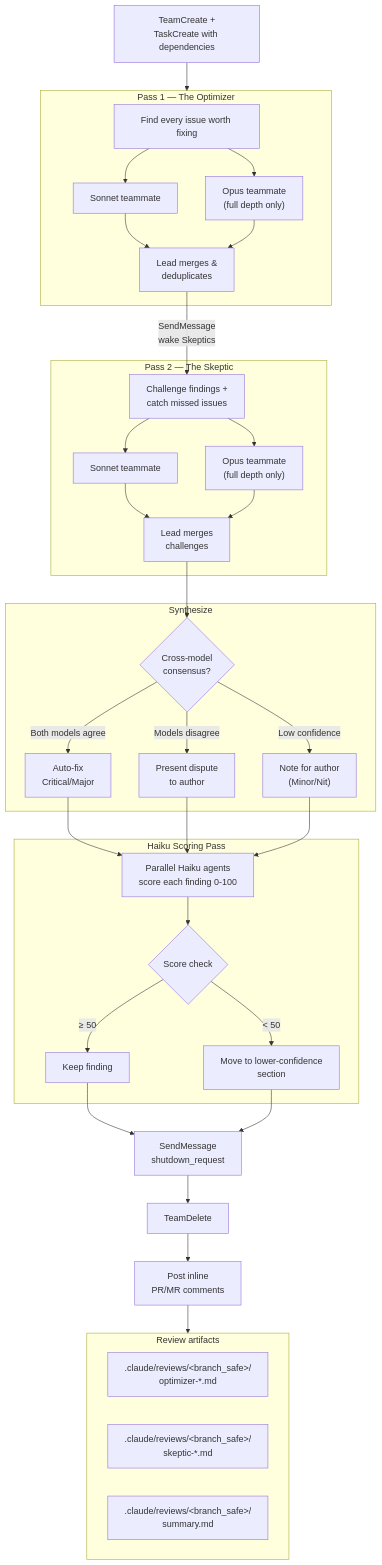
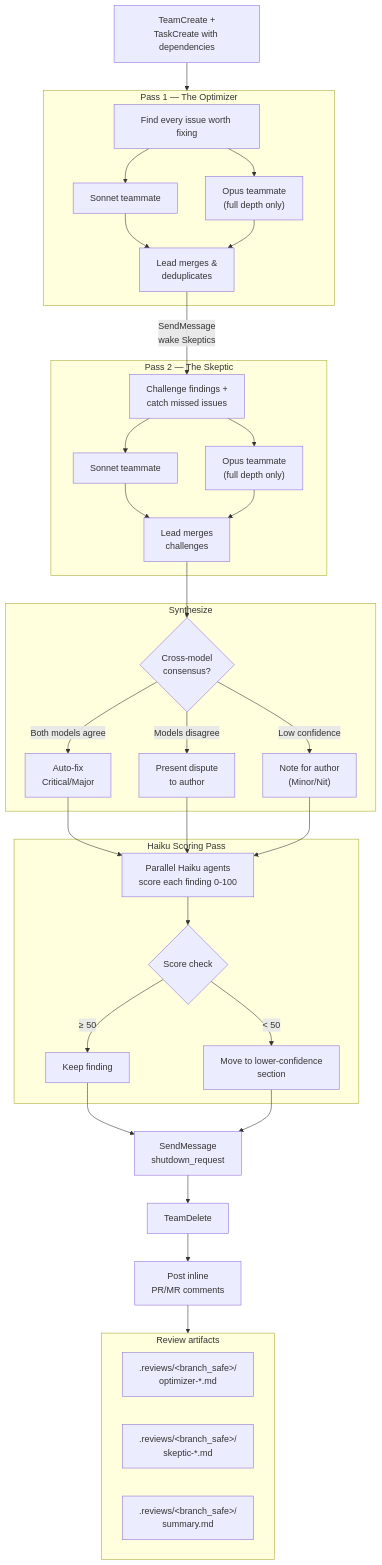
One commit to ng/adversarial-review changed the second of 2 diagrams in README.md. Above: the diagram before and after it, drawn with Mermaid. The commit also changed other lines of this file and 3 other files, not shown here.

First line of the commit message:
fix: move review artifacts from .claude/reviews/ to .reviews/ (#8)

````diff
--- a/README.md
+++ b/README.md
@@ -61,60 +61,60 @@
 ```mermaid
 flowchart TD
     Team["TeamCreate +<br/>TaskCreate with dependencies"] --> Pass1
 
     subgraph Pass1["Pass 1 — The Optimizer"]
         Optimizer["Find every issue worth fixing"]
         OptSonnet["Sonnet teammate"]
         OptOpus["Opus teammate<br/>(full depth only)"]
         MergeOpt["Lead merges &<br/>deduplicates"]
         Optimizer --> OptSonnet & OptOpus
         OptSonnet & OptOpus --> MergeOpt
     end
 
     MergeOpt -->|"SendMessage<br/>wake Skeptics"| Skeptic
 
     subgraph Pass2["Pass 2 — The Skeptic"]
         Skeptic["Challenge findings +<br/>catch missed issues"]
         SkpSonnet["Sonnet teammate"]
         SkpOpus["Opus teammate<br/>(full depth only)"]
         MergeSkp["Lead merges<br/>challenges"]
         Skeptic --> SkpSonnet & SkpOpus
         SkpSonnet & SkpOpus --> MergeSkp
     end
 
     MergeSkp --> Confidence
 
     subgraph Synthesis["Synthesize"]
         Confidence{"Cross-model<br/>consensus?"}
         AutoFix["Auto-fix<br/>Critical/Major"]
         Dispute["Present dispute<br/>to author"]
         Note["Note for author<br/>(Minor/Nit)"]
         Confidence -->|"Both models agree"| AutoFix
         Confidence -->|"Models disagree"| Dispute
         Confidence -->|"Low confidence"| Note
     end
 
     AutoFix & Dispute & Note --> Haiku
 
     subgraph HaikuPass["Haiku Scoring Pass"]
         Haiku["Parallel Haiku agents<br/>score each finding 0-100"]
         Filter{"Score check"}
         Keep["Keep finding"]
         Downgrade["Move to lower-confidence<br/>section"]
         Haiku --> Filter
         Filter -->|"≥ 50"| Keep
         Filter -->|"< 50"| Downgrade
     end
 
     Keep & Downgrade --> ShutdownReq["SendMessage<br/>shutdown_request"]
     ShutdownReq --> Shutdown["TeamDelete"]
     Shutdown --> PR["Post inline<br/>PR/MR comments"]
     PR --> Artifacts
 
     subgraph Artifacts["Review artifacts"]
         direction LR
-        A1[".claude/reviews/&lt;branch_safe&gt;/<br/>optimizer-*.md"]
-        A2[".claude/reviews/&lt;branch_safe&gt;/<br/>skeptic-*.md"]
-        A3[".claude/reviews/&lt;branch_safe&gt;/<br/>summary.md"]
+        A1[".reviews/&lt;branch_safe&gt;/<br/>optimizer-*.md"]
+        A2[".reviews/&lt;branch_safe&gt;/<br/>skeptic-*.md"]
+        A3[".reviews/&lt;branch_safe&gt;/<br/>summary.md"]
     end
 ```
````
